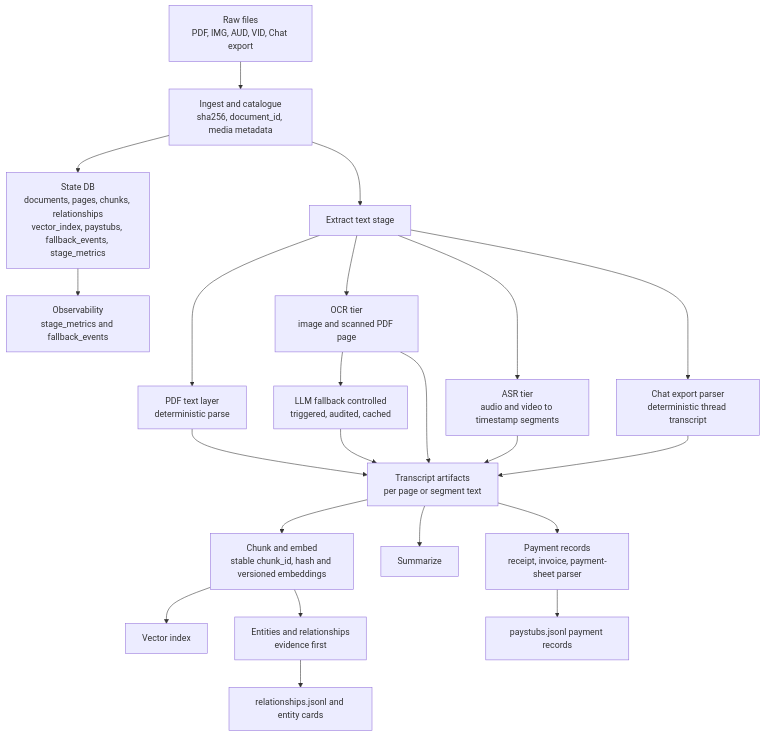
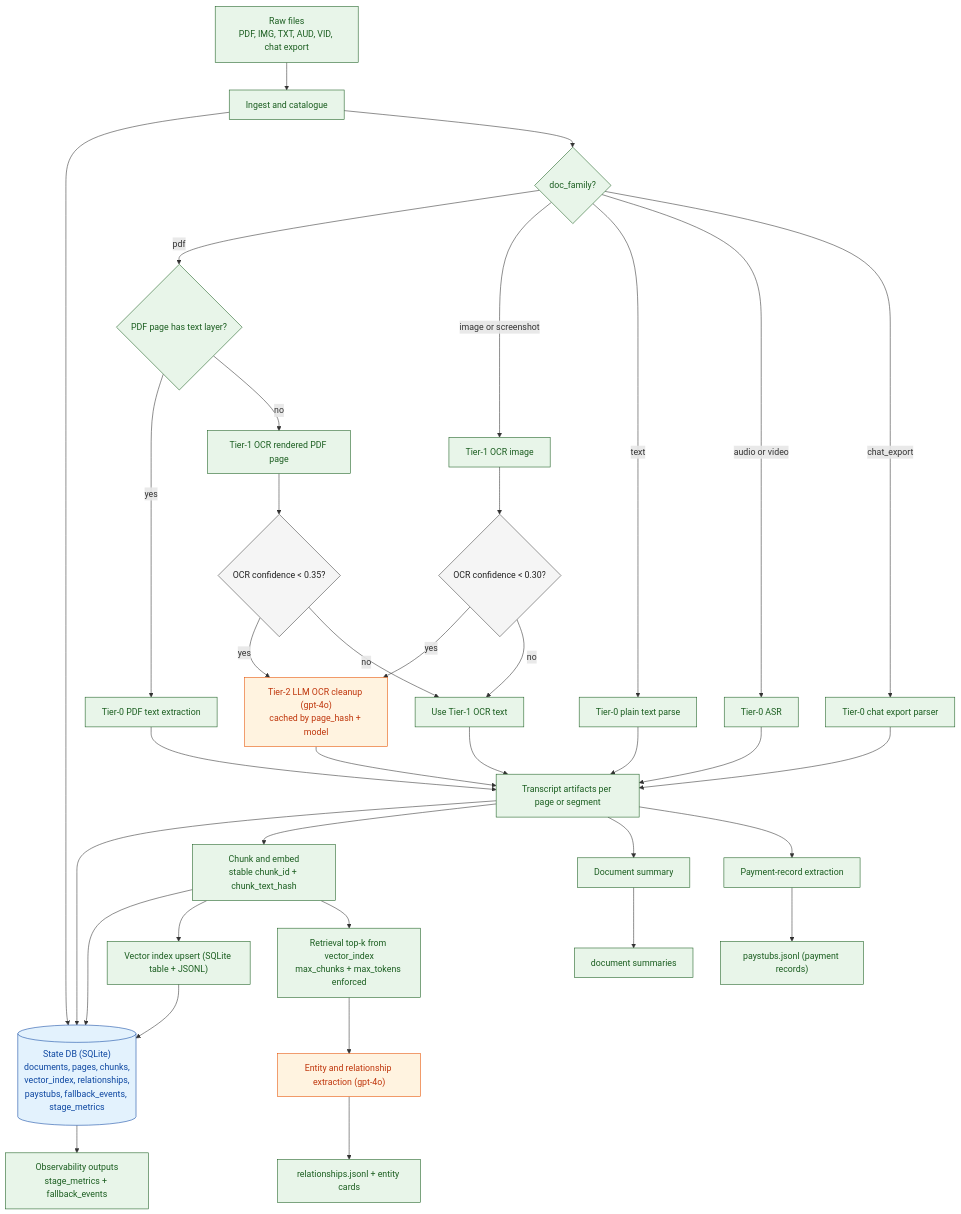
Before and after one commit to qu-genesis/agentic-parse: the first of 2 diagrams in README.md, drawn with Mermaid. The commit also changed other lines of this file and 1 other file, not shown here.

Commit message:
expanded

````diff
--- a/README.md
+++ b/README.md
@@ -23,29 +23,56 @@
 ```mermaid
 flowchart TD
-    A["Raw files<br/>PDF, IMG, AUD, VID, Chat export"] --> B["Ingest and catalogue<br/>sha256, document_id, media metadata"]
-    B --> C["State DB<br/>documents, pages, chunks, relationships<br/>vector_index, paystubs, fallback_events, stage_metrics"]
+    A["Raw files<br/>PDF, IMG, TXT, AUD, VID, chat export"] --> B["Ingest and catalogue"]
+    B --> C[("State DB (SQLite)<br/>documents, pages, chunks,<br/>vector_index, relationships,<br/>paystubs, fallback_events, stage_metrics")]
 
-    B --> D["Extract text stage"]
-    D --> D1["PDF text layer<br/>deterministic parse"]
-    D --> D2["OCR tier<br/>image and scanned PDF page"]
-    D --> D3["ASR tier<br/>audio and video to timestamp segments"]
-    D --> D4["Chat export parser<br/>deterministic thread transcript"]
-    D2 --> D5["LLM fallback controlled<br/>triggered, audited, cached"]
+    B --> D{"doc_family?"}
+    D -->|pdf| P0{"PDF page has text layer?"}
+    D -->|image or screenshot| I0["Tier-1 OCR image"]
+    D -->|text| T0["Tier-0 plain text parse"]
+    D -->|audio or video| AV0["Tier-0 ASR"]
+    D -->|chat_export| CH0["Tier-0 chat export parser"]
 
-    D1 --> E["Transcript artifacts<br/>per page or segment text"]
-    D2 --> E
-    D3 --> E
-    D4 --> E
-    D5 --> E
+    P0 -->|yes| P1["Tier-0 PDF text extraction"]
+    P0 -->|no| P2["Tier-1 OCR rendered PDF page"]
 
-    E --> F["Chunk and embed<br/>stable chunk_id, hash and versioned embeddings"]
-    F --> G["Vector index"]
+    P2 --> P3{"OCR confidence < 0.35?"}
+    I0 --> I1{"OCR confidence < 0.30?"}
+    P3 -->|yes| L1["Tier-2 LLM OCR cleanup (gpt-4o)<br/>cached by page_hash + model"]
+    I1 -->|yes| L1
+    P3 -->|no| X0["Use Tier-1 OCR text"]
+    I1 -->|no| X0
 
-    E --> H["Summarize"]
-    F --> I["Entities and relationships<br/>evidence first"]
-    E --> J["Payment records<br/>receipt, invoice, payment-sheet parser"]
+    P1 --> E["Transcript artifacts per page or segment"]
+    T0 --> E
+    AV0 --> E
+    CH0 --> E
+    X0 --> E
+    L1 --> E
 
-    I --> K["relationships.jsonl and entity cards"]
-    J --> L["paystubs.jsonl payment records"]
-    C --> M["Observability<br/>stage_metrics and fallback_events"]
+    E --> C
+    E --> F["Chunk and embed<br/>stable chunk_id + chunk_text_hash"]
+    F --> C
+    F --> V["Vector index upsert (SQLite table + JSONL)"]
+    V --> C
+
+    E --> S["Document summary"]
+    F --> R["Retrieval top-k from vector_index<br/>max_chunks + max_tokens enforced"]
+    R --> EN["Entity and relationship extraction (gpt-4o)"]
+    E --> PAY["Payment-record extraction"]
+
+    EN --> O1["relationships.jsonl + entity cards"]
+    PAY --> O2["paystubs.jsonl (payment records)"]
+    S --> O3["document summaries"]
+
+    C --> M["Observability outputs<br/>stage_metrics + fallback_events"]
+
+    classDef det fill:#E8F5E9,stroke:#1B5E20,color:#1B5E20,stroke-width:1px;
+    classDef llm fill:#FFF3E0,stroke:#E65100,color:#BF360C,stroke-width:1px;
+    classDef state fill:#E3F2FD,stroke:#0D47A1,color:#0D47A1,stroke-width:1px;
+    classDef decision fill:#F5F5F5,stroke:#424242,color:#212121,stroke-width:1px;
+
+    class A,B,D,P0,P1,P2,I0,T0,AV0,CH0,X0,E,F,V,S,R,PAY,O1,O2,O3,M det;
+    class L1,EN llm;
+    class C state;
+    class P3,I1 decision;
 ```
````
